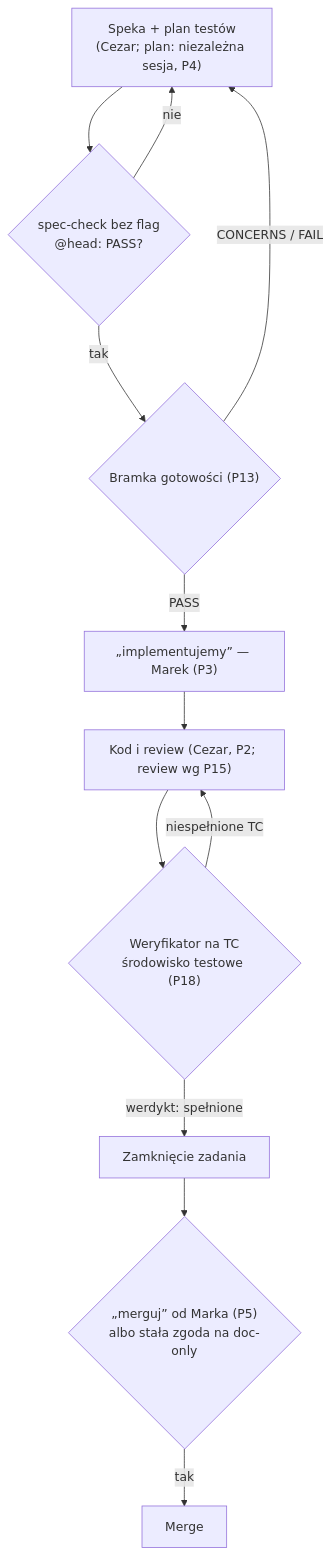
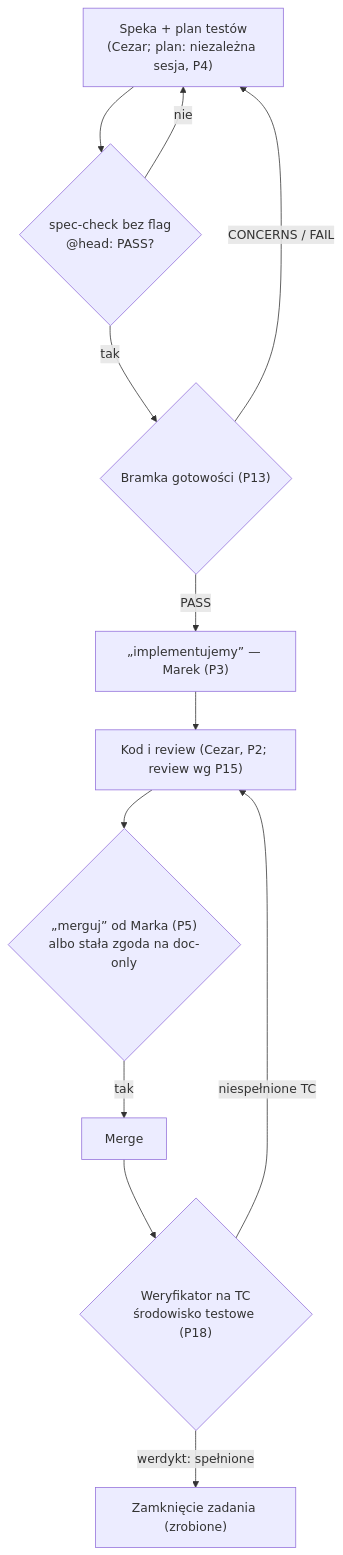
Before and after one commit to AdamskiMarek/open-mercato: the first of 2 diagrams in .ai/process/workflow.md, drawn with Mermaid. The commit also changed other lines of this file and 3 other files, not shown here.

Commit message:
docs(specs): rozstrzygnięcia Q-FU-T1…T4 i Q-LR-1…Q-LR-7 (Cezar 2026-10-31, Z7) — D177/D180/D181/D182/D185/D192/D193, crm_followups rev 6, loss reasons rev 2, kolejność merge → Weryfikator → zamknięcie

````diff
--- a/.ai/process/workflow.md
+++ b/.ai/process/workflow.md
@@ -7,14 +7,14 @@
 ```mermaid
 flowchart TD
     spec["Speka + plan testów<br/>(Cezar; plan: niezależna sesja, P4)"] --> sc{"spec-check bez flag<br/>@head: PASS?"}
     sc -- "nie" --> spec
     sc -- "tak" --> gate{"Bramka gotowości (P13)"}
     gate -- "CONCERNS / FAIL" --> spec
     gate -- "PASS" --> impl["„implementujemy” — Marek (P3)"]
     impl --> code["Kod i review (Cezar, P2; review wg P15)"]
-    code --> qa{"Weryfikator na TC<br/>środowisko testowe (P18)"}
+    code --> merge{"„merguj” od Marka (P5)<br/>albo stała zgoda na doc-only"}
+    merge -- "tak" --> m["Merge"]
+    m --> qa{"Weryfikator na TC<br/>środowisko testowe (P18)"}
     qa -- "niespełnione TC" --> code
-    qa -- "werdykt: spełnione" --> done["Zamknięcie zadania"]
-    done --> merge{"„merguj” od Marka (P5)<br/>albo stała zgoda na doc-only"}
-    merge -- "tak" --> m["Merge"]
+    qa -- "werdykt: spełnione" --> done["Zamknięcie zadania (zrobione)"]
 ```
````
